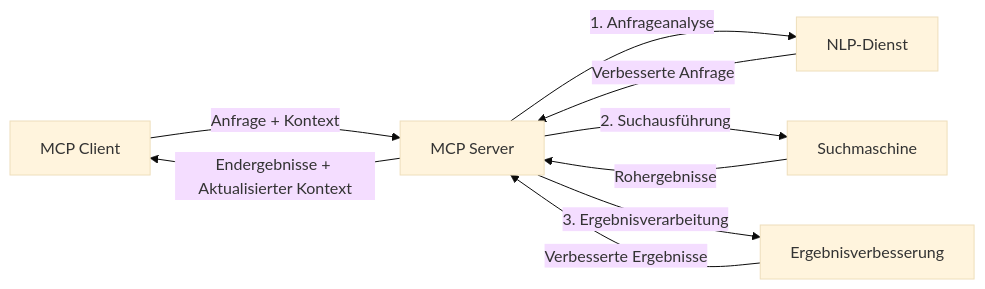
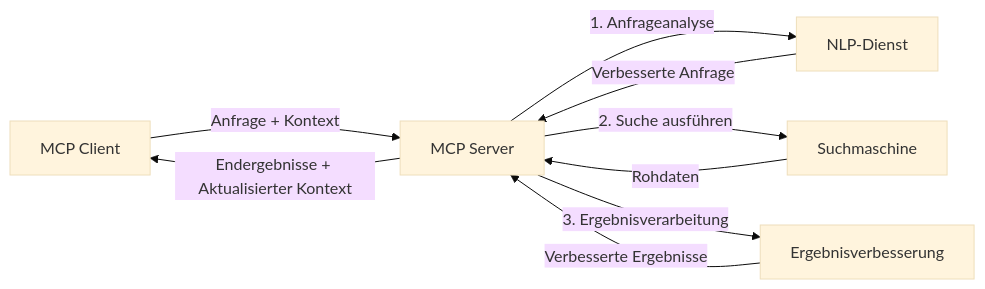
Before and after one commit to microsoft/mcp-for-beginners: the fourth of 4 diagrams in translations/de/05-AdvancedTopics/mcp-realtimesearch/README.md, drawn with Mermaid (base theme). The commit also changed other lines of this file and 136 other files, not shown here.

````diff
--- a/translations/de/05-AdvancedTopics/mcp-realtimesearch/README.md
+++ b/translations/de/05-AdvancedTopics/mcp-realtimesearch/README.md
@@ -626,11 +629,11 @@
 ```mermaid
 graph LR
     Client[MCP Client] --> |Anfrage + Kontext| Server[MCP Server]
     Server --> |1. Anfrageanalyse| NLP[NLP-Dienst]
     NLP --> |Verbesserte Anfrage| Server
-    Server --> |2. Suchausführung| Search[Suchmaschine]
-    Search --> |Rohergebnisse| Server
+    Server --> |2. Suche ausführen| Search[Suchmaschine]
+    Search --> |Rohdaten| Server
     Server --> |3. Ergebnisverarbeitung| Enhancement[Ergebnisverbesserung]
     Enhancement --> |Verbesserte Ergebnisse| Server
     Server --> |Endergebnisse + Aktualisierter Kontext| Client
 ```
````
